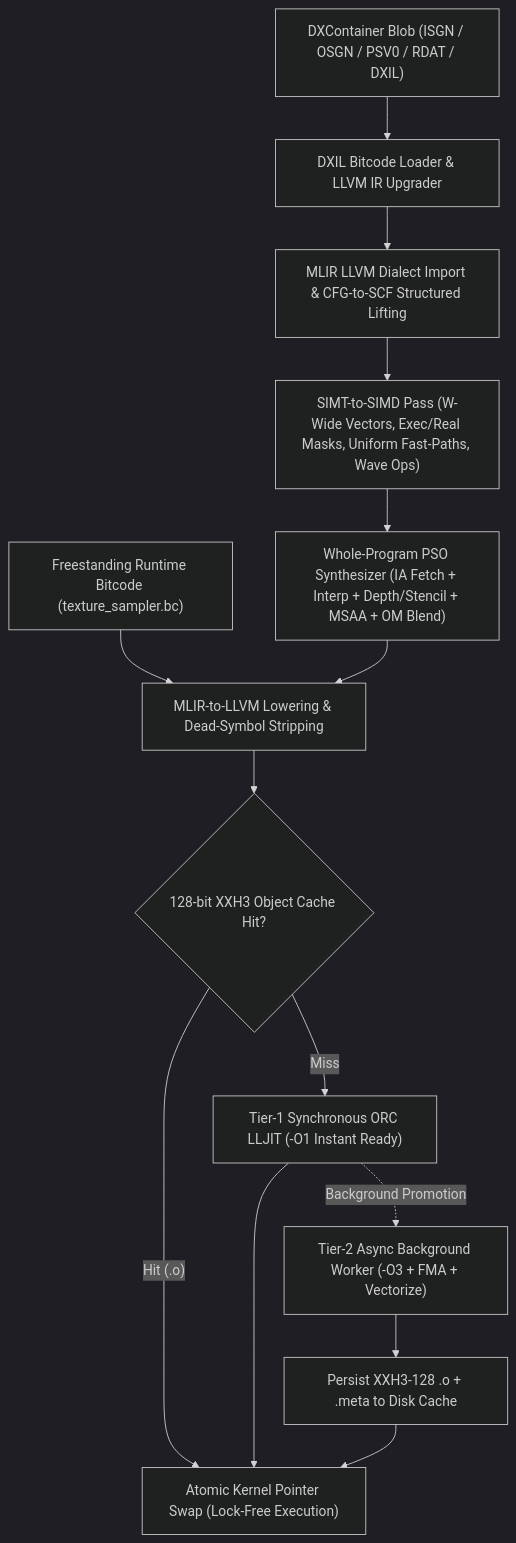
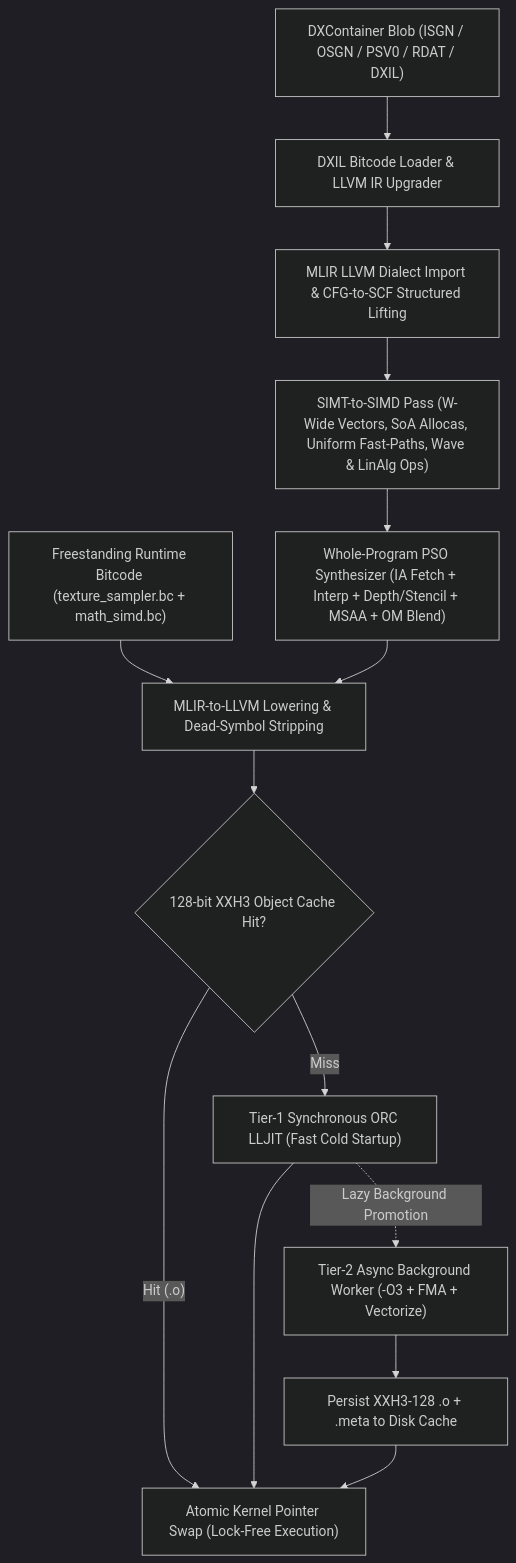
One commit to farzonl/Nacelle changed the fourth of 5 diagrams in README.md. Above: the diagram before and after it, drawn with Mermaid (dark theme). The commit also changed other lines of this file, not shown here.

Commit message:
docs: update README with 93.77% Offload pass rate, 18-bench results, and 32x32/SM 6.10 updates

````diff
--- a/README.md
+++ b/README.md
@@ -164,22 +181,22 @@
 ```mermaid
 flowchart TD
     DXBC["DXContainer Blob (ISGN / OSGN / PSV0 / RDAT / DXIL)"]
     Upgrade["DXIL Bitcode Loader & LLVM IR Upgrader"]
     Import["MLIR LLVM Dialect Import & CFG-to-SCF Structured Lifting"]
-    SimtSimd["SIMT-to-SIMD Pass (W-Wide Vectors, Exec/Real Masks, Uniform Fast-Paths, Wave Ops)"]
+    SimtSimd["SIMT-to-SIMD Pass (W-Wide Vectors, SoA Allocas, Uniform Fast-Paths, Wave & LinAlg Ops)"]
     Synth["Whole-Program PSO Synthesizer (IA Fetch + Interp + Depth/Stencil + MSAA + OM Blend)"]
-    TexBC["Freestanding Runtime Bitcode (texture_sampler.bc)"]
+    TexBC["Freestanding Runtime Bitcode (texture_sampler.bc + math_simd.bc)"]
     Lower["MLIR-to-LLVM Lowering & Dead-Symbol Stripping"]
     Cache{"128-bit XXH3 Object Cache Hit?"}
-    Tier1["Tier-1 Synchronous ORC LLJIT (-O1 Instant Ready)"]
+    Tier1["Tier-1 Synchronous ORC LLJIT (Fast Cold Startup)"]
     Tier2["Tier-2 Async Background Worker (-O3 + FMA + Vectorize)"]
     Disk["Persist XXH3-128 .o + .meta to Disk Cache"]
     ExecPtr["Atomic Kernel Pointer Swap (Lock-Free Execution)"]
 
     DXBC --> Upgrade --> Import --> SimtSimd --> Synth
     TexBC --> Lower
     Synth --> Lower --> Cache
     Cache -- "Hit (.o)" --> ExecPtr
     Cache -- "Miss" --> Tier1 --> ExecPtr
-    Tier1 -. "Background Promotion" .-> Tier2 --> Disk --> ExecPtr
+    Tier1 -. "Lazy Background Promotion" .-> Tier2 --> Disk --> ExecPtr
 ```
````
